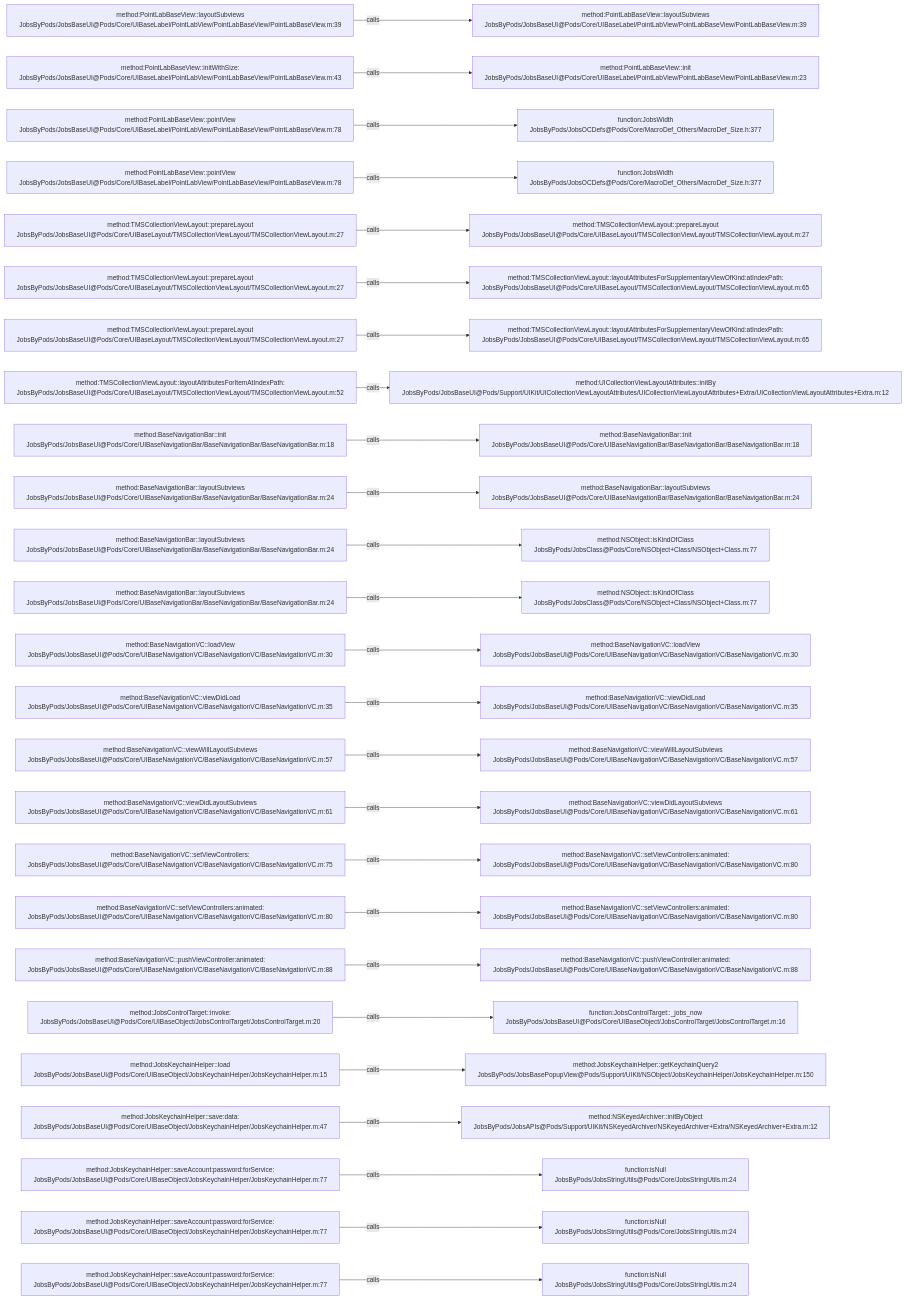
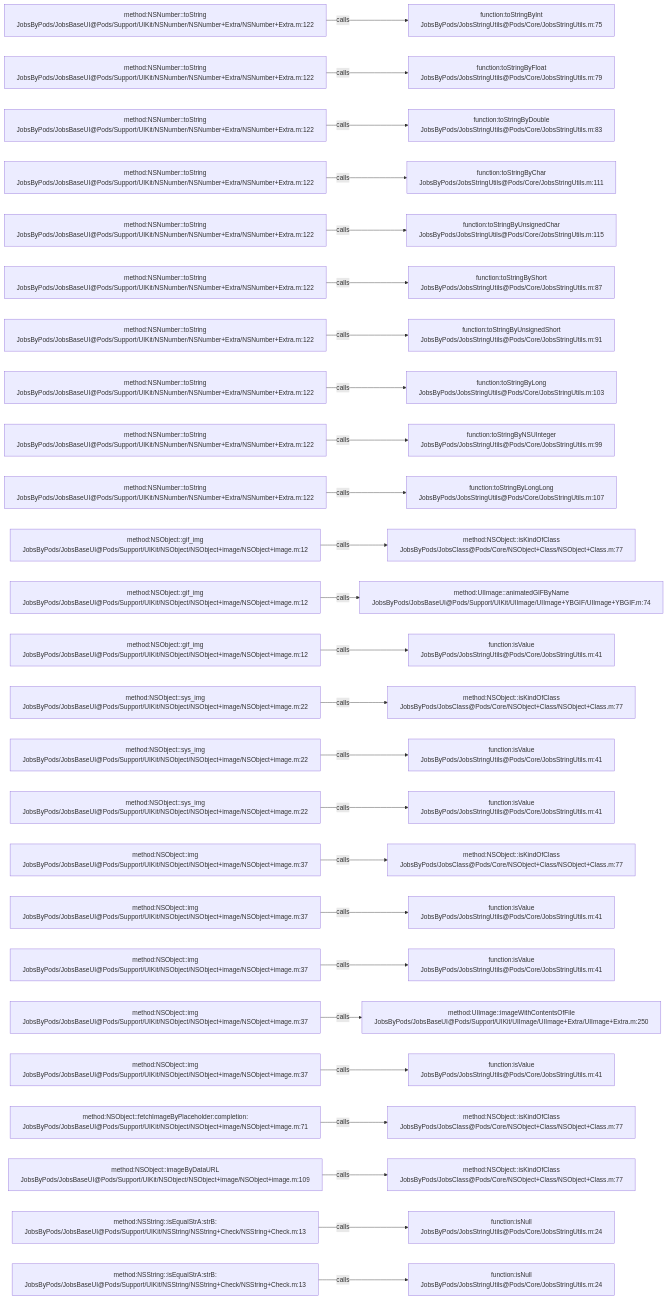
One commit to JobsKits/JobsOCBaseConfigDemo changed the diagram in .codegraph/codegraph.md/graphs/calls-038.md. Above: the diagram before and after it, drawn with Mermaid. The commit also changed 1026 other files, not shown here.

````diff
--- a/.codegraph/codegraph.md/graphs/calls-038.md
+++ b/.codegraph/codegraph.md/graphs/calls-038.md
@@ -13,78 +13,78 @@
 ```mermaid
 flowchart LR
-  S1["method:PointLabBaseView::layoutSubviews<br/>JobsByPods/JobsBaseUI@Pods/Core/UIBaseLabel/PointLabView/PointLabBaseView/PointLabBaseView.m:39"]
-  T1["method:PointLabBaseView::layoutSubviews<br/>JobsByPods/JobsBaseUI@Pods/Core/UIBaseLabel/PointLabView/PointLabBaseView/PointLabBaseView.m:39"]
+  S1["method:NSNumber::toString<br/>JobsByPods/JobsBaseUI@Pods/Support/UIKit/NSNumber/NSNumber+Extra/NSNumber+Extra.m:122"]
+  T1["function:toStringByInt<br/>JobsByPods/JobsStringUtils@Pods/Core/JobsStringUtils.m:75"]
   S1 -->|calls| T1
-  S2["method:PointLabBaseView::initWithSize:<br/>JobsByPods/JobsBaseUI@Pods/Core/UIBaseLabel/PointLabView/PointLabBaseView/PointLabBaseView.m:43"]
-  T2["method:PointLabBaseView::init<br/>JobsByPods/JobsBaseUI@Pods/Core/UIBaseLabel/PointLabView/PointLabBaseView/PointLabBaseView.m:23"]
+  S2["method:NSNumber::toString<br/>JobsByPods/JobsBaseUI@Pods/Support/UIKit/NSNumber/NSNumber+Extra/NSNumber+Extra.m:122"]
+  T2["function:toStringByFloat<br/>JobsByPods/JobsStringUtils@Pods/Core/JobsStringUtils.m:79"]
   S2 -->|calls| T2
-  S3["method:PointLabBaseView::pointView<br/>JobsByPods/JobsBaseUI@Pods/Core/UIBaseLabel/PointLabView/PointLabBaseView/PointLabBaseView.m:78"]
-  T3["function:JobsWidth<br/>JobsByPods/JobsOCDefs@Pods/Core/MacroDef_Others/MacroDef_Size.h:377"]
+  S3["method:NSNumber::toString<br/>JobsByPods/JobsBaseUI@Pods/Support/UIKit/NSNumber/NSNumber+Extra/NSNumber+Extra.m:122"]
+  T3["function:toStringByDouble<br/>JobsByPods/JobsStringUtils@Pods/Core/JobsStringUtils.m:83"]
   S3 -->|calls| T3
-  S4["method:PointLabBaseView::pointView<br/>JobsByPods/JobsBaseUI@Pods/Core/UIBaseLabel/PointLabView/PointLabBaseView/PointLabBaseView.m:78"]
-  T4["function:JobsWidth<br/>JobsByPods/JobsOCDefs@Pods/Core/MacroDef_Others/MacroDef_Size.h:377"]
+  S4["method:NSNumber::toString<br/>JobsByPods/JobsBaseUI@Pods/Support/UIKit/NSNumber/NSNumber+Extra/NSNumber+Extra.m:122"]
+  T4["function:toStringByChar<br/>JobsByPods/JobsStringUtils@Pods/Core/JobsStringUtils.m:111"]
   S4 -->|calls| T4
-  S5["method:TMSCollectionViewLayout::prepareLayout<br/>JobsByPods/JobsBaseUI@Pods/Core/UIBaseLayout/TMSCollectionViewLayout/TMSCollectionViewLayout.m:27"]
-  T5["method:TMSCollectionViewLayout::prepareLayout<br/>JobsByPods/JobsBaseUI@Pods/Core/UIBaseLayout/TMSCollectionViewLayout/TMSCollectionViewLayout.m:27"]
+  S5["method:NSNumber::toString<br/>JobsByPods/JobsBaseUI@Pods/Support/UIKit/NSNumber/NSNumber+Extra/NSNumber+Extra.m:122"]
+  T5["function:toStringByUnsignedChar<br/>JobsByPods/JobsStringUtils@Pods/Core/JobsStringUtils.m:115"]
   S5 -->|calls| T5
-  S6["method:TMSCollectionViewLayout::prepareLayout<br/>JobsByPods/JobsBaseUI@Pods/Core/UIBaseLayout/TMSCollectionViewLayout/TMSCollectionViewLayout.m:27"]
-  T6["method:TMSCollectionViewLayout::layoutAttributesForSupplementaryViewOfKind:atIndexPath:<br/>JobsByPods/JobsBaseUI@Pods/Core/UIBaseLayout/TMSCollectionViewLayout/TMSCollectionViewLayout.m:65"]
+  S6["method:NSNumber::toString<br/>JobsByPods/JobsBaseUI@Pods/Support/UIKit/NSNumber/NSNumber+Extra/NSNumber+Extra.m:122"]
+  T6["function:toStringByShort<br/>JobsByPods/JobsStringUtils@Pods/Core/JobsStringUtils.m:87"]
   S6 -->|calls| T6
-  S7["method:TMSCollectionViewLayout::prepareLayout<br/>JobsByPods/JobsBaseUI@Pods/Core/UIBaseLayout/TMSCollectionViewLayout/TMSCollectionViewLayout.m:27"]
-  T7["method:TMSCollectionViewLayout::layoutAttributesForSupplementaryViewOfKind:atIndexPath:<br/>JobsByPods/JobsBaseUI@Pods/Core/UIBaseLayout/TMSCollectionViewLayout/TMSCollectionViewLayout.m:65"]
+  S7["method:NSNumber::toString<br/>JobsByPods/JobsBaseUI@Pods/Support/UIKit/NSNumber/NSNumber+Extra/NSNumber+Extra.m:122"]
+  T7["function:toStringByUnsignedShort<br/>JobsByPods/JobsStringUtils@Pods/Core/JobsStringUtils.m:91"]
   S7 -->|calls| T7
-  S8["method:TMSCollectionViewLayout::layoutAttributesForItemAtIndexPath:<br/>JobsByPods/JobsBaseUI@Pods/Core/UIBaseLayout/TMSCollectionViewLayout/TMSCollectionViewLayout.m:52"]
-  T8["method:UICollectionViewLayoutAttributes::initBy<br/>JobsByPods/JobsBaseUI@Pods/Support/UIKit/UICollectionViewLayoutAttributes/UICollectionViewLayoutAttributes+Extra/UICollectionViewLayoutAttributes+Extra.m:12"]
+  S8["method:NSNumber::toString<br/>JobsByPods/JobsBaseUI@Pods/Support/UIKit/NSNumber/NSNumber+Extra/NSNumber+Extra.m:122"]
+  T8["function:toStringByLong<br/>JobsByPods/JobsStringUtils@Pods/Core/JobsStringUtils.m:103"]
   S8 -->|calls| T8
-  S9["method:BaseNavigationBar::init<br/>JobsByPods/JobsBaseUI@Pods/Core/UIBaseNavigationBar/BaseNavigationBar/BaseNavigationBar.m:18"]
-  T9["method:BaseNavigationBar::init<br/>JobsByPods/JobsBaseUI@Pods/Core/UIBaseNavigationBar/BaseNavigationBar/BaseNavigationBar.m:18"]
+  S9["method:NSNumber::toString<br/>JobsByPods/JobsBaseUI@Pods/Support/UIKit/NSNumber/NSNumber+Extra/NSNumber+Extra.m:122"]
+  T9["function:toStringByNSUInteger<br/>JobsByPods/JobsStringUtils@Pods/Core/JobsStringUtils.m:99"]
   S9 -->|calls| T9
-  S10["method:BaseNavigationBar::layoutSubviews<br/>JobsByPods/JobsBaseUI@Pods/Core/UIBaseNavigationBar/BaseNavigationBar/BaseNavigationBar.m:24"]
-  T10["method:BaseNavigationBar::layoutSubviews<br/>JobsByPods/JobsBaseUI@Pods/Core/UIBaseNavigationBar/BaseNavigationBar/BaseNavigationBar.m:24"]
+  S10["method:NSNumber::toString<br/>JobsByPods/JobsBaseUI@Pods/Support/UIKit/NSNumber/NSNumber+Extra/NSNumber+Extra.m:122"]
+  T10["function:toStringByLongLong<br/>JobsByPods/JobsStringUtils@Pods/Core/JobsStringUtils.m:107"]
   S10 -->|calls| T10
-  S11["method:BaseNavigationBar::layoutSubviews<br/>JobsByPods/JobsBaseUI@Pods/Core/UIBaseNavigationBar/BaseNavigationBar/BaseNavigationBar.m:24"]
+  S11["method:NSObject::gif_img<br/>JobsByPods/JobsBaseUI@Pods/Support/UIKit/NSObject/NSObject+image/NSObject+image.m:12"]
   T11["method:NSObject::isKindOfClass<br/>JobsByPods/JobsClass@Pods/Core/NSObject+Class/NSObject+Class.m:77"]
   S11 -->|calls| T11
-  S12["method:BaseNavigationBar::layoutSubviews<br/>JobsByPods/JobsBaseUI@Pods/Core/UIBaseNavigationBar/BaseNavigationBar/BaseNavigationBar.m:24"]
-  T12["method:NSObject::isKindOfClass<br/>JobsByPods/JobsClass@Pods/Core/NSObject+Class/NSObject+Class.m:77"]
+  S12["method:NSObject::gif_img<br/>JobsByPods/JobsBaseUI@Pods/Support/UIKit/NSObject/NSObject+image/NSObject+image.m:12"]
+  T12["method:UIImage::animatedGIFByName<br/>JobsByPods/JobsBaseUI@Pods/Support/UIKit/UIImage/UIImage+YBGIF/UIImage+YBGIF.m:74"]
   S12 -->|calls| T12
-  S13["method:BaseNavigationVC::loadView<br/>JobsByPods/JobsBaseUI@Pods/Core/UIBaseNavigationVC/BaseNavigationVC/BaseNavigationVC.m:30"]
-  T13["method:BaseNavigationVC::loadView<br/>JobsByPods/JobsBaseUI@Pods/Core/UIBaseNavigationVC/BaseNavigationVC/BaseNavigationVC.m:30"]
+  S13["method:NSObject::gif_img<br/>JobsByPods/JobsBaseUI@Pods/Support/UIKit/NSObject/NSObject+image/NSObject+image.m:12"]
+  T13["function:isValue<br/>JobsByPods/JobsStringUtils@Pods/Core/JobsStringUtils.m:41"]
   S13 -->|calls| T13
-  S14["method:BaseNavigationVC::viewDidLoad<br/>JobsByPods/JobsBaseUI@Pods/Core/UIBaseNavigationVC/BaseNavigationVC/BaseNavigationVC.m:35"]
-  T14["method:BaseNavigationVC::viewDidLoad<br/>JobsByPods/JobsBaseUI@Pods/Core/UIBaseNavigationVC/BaseNavigationVC/BaseNavigationVC.m:35"]
+  S14["method:NSObject::sys_img<br/>JobsByPods/JobsBaseUI@Pods/Support/UIKit/NSObject/NSObject+image/NSObject+image.m:22"]
+  T14["method:NSObject::isKindOfClass<br/>JobsByPods/JobsClass@Pods/Core/NSObject+Class/NSObject+Class.m:77"]
   S14 -->|calls| T14
-  S15["method:BaseNavigationVC::viewWillLayoutSubviews<br/>JobsByPods/JobsBaseUI@Pods/Core/UIBaseNavigationVC/BaseNavigationVC/BaseNavigationVC.m:57"]
-  T15["method:BaseNavigationVC::viewWillLayoutSubviews<br/>JobsByPods/JobsBaseUI@Pods/Core/UIBaseNavigationVC/BaseNavigationVC/BaseNavigationVC.m:57"]
+  S15["method:NSObject::sys_img<br/>JobsByPods/JobsBaseUI@Pods/Support/UIKit/NSObject/NSObject+image/NSObject+image.m:22"]
+  T15["function:isValue<br/>JobsByPods/JobsStringUtils@Pods/Core/JobsStringUtils.m:41"]
   S15 -->|calls| T15
-  S16["method:BaseNavigationVC::viewDidLayoutSubviews<br/>JobsByPods/JobsBaseUI@Pods/Core/UIBaseNavigationVC/BaseNavigationVC/BaseNavigationVC.m:61"]
-  T16["method:BaseNavigationVC::viewDidLayoutSubviews<br/>JobsByPods/JobsBaseUI@Pods/Core/UIBaseNavigationVC/BaseNavigationVC/BaseNavigationVC.m:61"]
+  S16["method:NSObject::sys_img<br/>JobsByPods/JobsBaseUI@Pods/Support/UIKit/NSObject/NSObject+image/NSObject+image.m:22"]
+  T16["function:isValue<br/>JobsByPods/JobsStringUtils@Pods/Core/JobsStringUtils.m:41"]
   S16 -->|calls| T16
-  S17["method:BaseNavigationVC::setViewControllers:<br/>JobsByPods/JobsBaseUI@Pods/Core/UIBaseNavigationVC/BaseNavigationVC/BaseNavigationVC.m:75"]
-  T17["method:BaseNavigationVC::setViewControllers:animated:<br/>JobsByPods/JobsBaseUI@Pods/Core/UIBaseNavigationVC/BaseNavigationVC/BaseNavigationVC.m:80"]
+  S17["method:NSObject::img<br/>JobsByPods/JobsBaseUI@Pods/Support/UIKit/NSObject/NSObject+image/NSObject+image.m:37"]
+  T17["method:NSObject::isKindOfClass<br/>JobsByPods/JobsClass@Pods/Core/NSObject+Class/NSObject+Class.m:77"]
   S17 -->|calls| T17
-  S18["method:BaseNavigationVC::setViewControllers:animated:<br/>JobsByPods/JobsBaseUI@Pods/Core/UIBaseNavigationVC/BaseNavigationVC/BaseNavigationVC.m:80"]
-  T18["method:BaseNavigationVC::setViewControllers:animated:<br/>JobsByPods/JobsBaseUI@Pods/Core/UIBaseNavigationVC/BaseNavigationVC/BaseNavigationVC.m:80"]
+  S18["method:NSObject::img<br/>JobsByPods/JobsBaseUI@Pods/Support/UIKit/NSObject/NSObject+image/NSObject+image.m:37"]
+  T18["function:isValue<br/>JobsByPods/JobsStringUtils@Pods/Core/JobsStringUtils.m:41"]
   S18 -->|calls| T18
-  S19["method:BaseNavigationVC::pushViewController:animated:<br/>JobsByPods/JobsBaseUI@Pods/Core/UIBaseNavigationVC/BaseNavigationVC/BaseNavigationVC.m:88"]
-  T19["method:BaseNavigationVC::pushViewController:animated:<br/>JobsByPods/JobsBaseUI@Pods/Core/UIBaseNavigationVC/BaseNavigationVC/BaseNavigationVC.m:88"]
+  S19["method:NSObject::img<br/>JobsByPods/JobsBaseUI@Pods/Support/UIKit/NSObject/NSObject+image/NSObject+image.m:37"]
+  T19["function:isValue<br/>JobsByPods/JobsStringUtils@Pods/Core/JobsStringUtils.m:41"]
   S19 -->|calls| T19
-  S20["method:JobsControlTarget::invoke:<br/>JobsByPods/JobsBaseUI@Pods/Core/UIBaseObject/JobsControlTarget/JobsControlTarget.m:20"]
-  T20["function:JobsControlTarget::_jobs_now<br/>JobsByPods/JobsBaseUI@Pods/Core/UIBaseObject/JobsControlTarget/JobsControlTarget.m:16"]
+  S20["method:NSObject::img<br/>JobsByPods/JobsBaseUI@Pods/Support/UIKit/NSObject/NSObject+image/NSObject+image.m:37"]
+  T20["method:UIImage::imageWithContentsOfFile<br/>JobsByPods/JobsBaseUI@Pods/Support/UIKit/UIImage/UIImage+Extra/UIImage+Extra.m:250"]
   S20 -->|calls| T20
-  S21["method:JobsKeychainHelper::load<br/>JobsByPods/JobsBaseUI@Pods/Core/UIBaseObject/JobsKeychainHelper/JobsKeychainHelper.m:15"]
-  T21["method:JobsKeychainHelper::getKeychainQuery2<br/>JobsByPods/JobsBasePopupView@Pods/Support/UIKit/NSObject/JobsKeychainHelper/JobsKeychainHelper.m:150"]
+  S21["method:NSObject::img<br/>JobsByPods/JobsBaseUI@Pods/Support/UIKit/NSObject/NSObject+image/NSObject+image.m:37"]
+  T21["function:isValue<br/>JobsByPods/JobsStringUtils@Pods/Core/JobsStringUtils.m:41"]
   S21 -->|calls| T21
-  S22["method:JobsKeychainHelper::save:data:<br/>JobsByPods/JobsBaseUI@Pods/Core/UIBaseObject/JobsKeychainHelper/JobsKeychainHelper.m:47"]
-  T22["method:NSKeyedArchiver::initByObject<br/>JobsByPods/JobsAPIs@Pods/Support/UIKit/NSKeyedArchiver/NSKeyedArchiver+Extra/NSKeyedArchiver+Extra.m:12"]
+  S22["method:NSObject::fetchImageByPlaceholder:completion:<br/>JobsByPods/JobsBaseUI@Pods/Support/UIKit/NSObject/NSObject+image/NSObject+image.m:71"]
+  T22["method:NSObject::isKindOfClass<br/>JobsByPods/JobsClass@Pods/Core/NSObject+Class/NSObject+Class.m:77"]
   S22 -->|calls| T22
-  S23["method:JobsKeychainHelper::saveAccount:password:forService:<br/>JobsByPods/JobsBaseUI@Pods/Core/UIBaseObject/JobsKeychainHelper/JobsKeychainHelper.m:77"]
-  T23["function:isNull<br/>JobsByPods/JobsStringUtils@Pods/Core/JobsStringUtils.m:24"]
+  S23["method:NSObject::imageByDataURL<br/>JobsByPods/JobsBaseUI@Pods/Support/UIKit/NSObject/NSObject+image/NSObject+image.m:109"]
+  T23["method:NSObject::isKindOfClass<br/>JobsByPods/JobsClass@Pods/Core/NSObject+Class/NSObject+Class.m:77"]
   S23 -->|calls| T23
-  S24["method:JobsKeychainHelper::saveAccount:password:forService:<br/>JobsByPods/JobsBaseUI@Pods/Core/UIBaseObject/JobsKeychainHelper/JobsKeychainHelper.m:77"]
+  S24["method:NSString::isEqualStrA:strB:<br/>JobsByPods/JobsBaseUI@Pods/Support/UIKit/NSString/NSString+Check/NSString+Check.m:13"]
   T24["function:isNull<br/>JobsByPods/JobsStringUtils@Pods/Core/JobsStringUtils.m:24"]
   S24 -->|calls| T24
-  S25["method:JobsKeychainHelper::saveAccount:password:forService:<br/>JobsByPods/JobsBaseUI@Pods/Core/UIBaseObject/JobsKeychainHelper/JobsKeychainHelper.m:77"]
+  S25["method:NSString::isEqualStrA:strB:<br/>JobsByPods/JobsBaseUI@Pods/Support/UIKit/NSString/NSString+Check/NSString+Check.m:13"]
   T25["function:isNull<br/>JobsByPods/JobsStringUtils@Pods/Core/JobsStringUtils.m:24"]
   S25 -->|calls| T25
 ```
````
